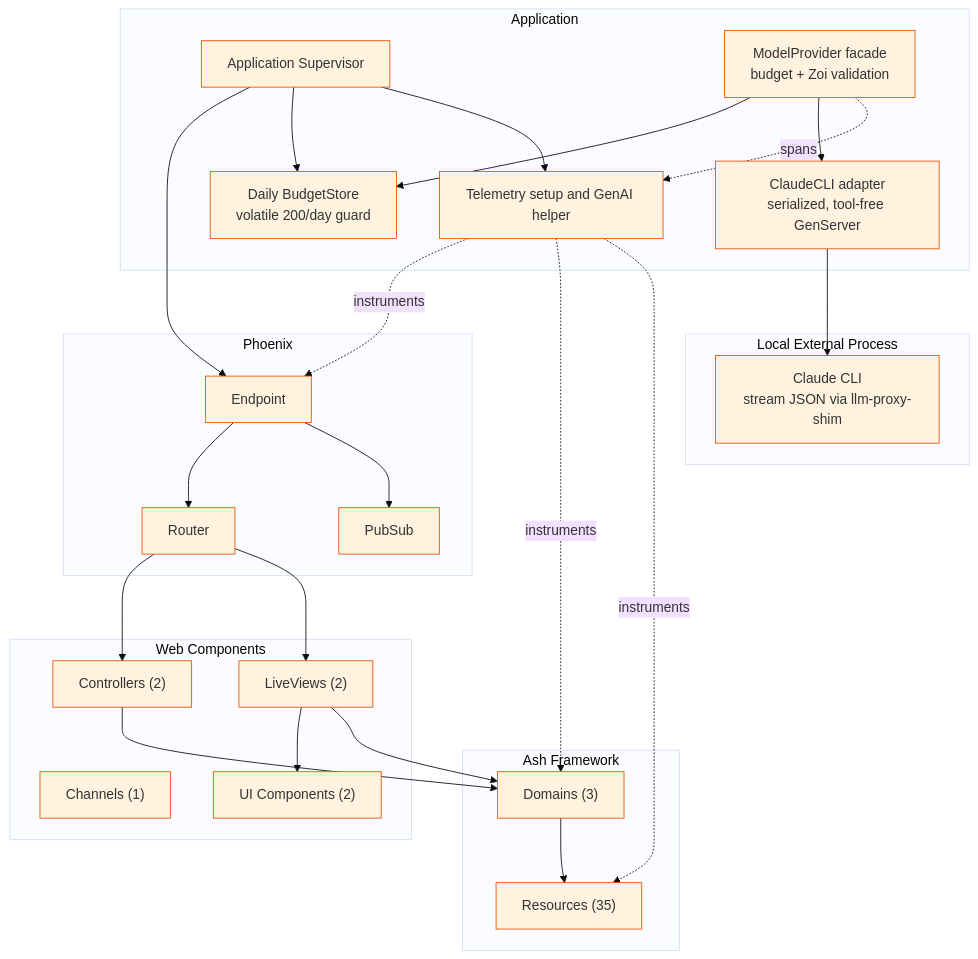
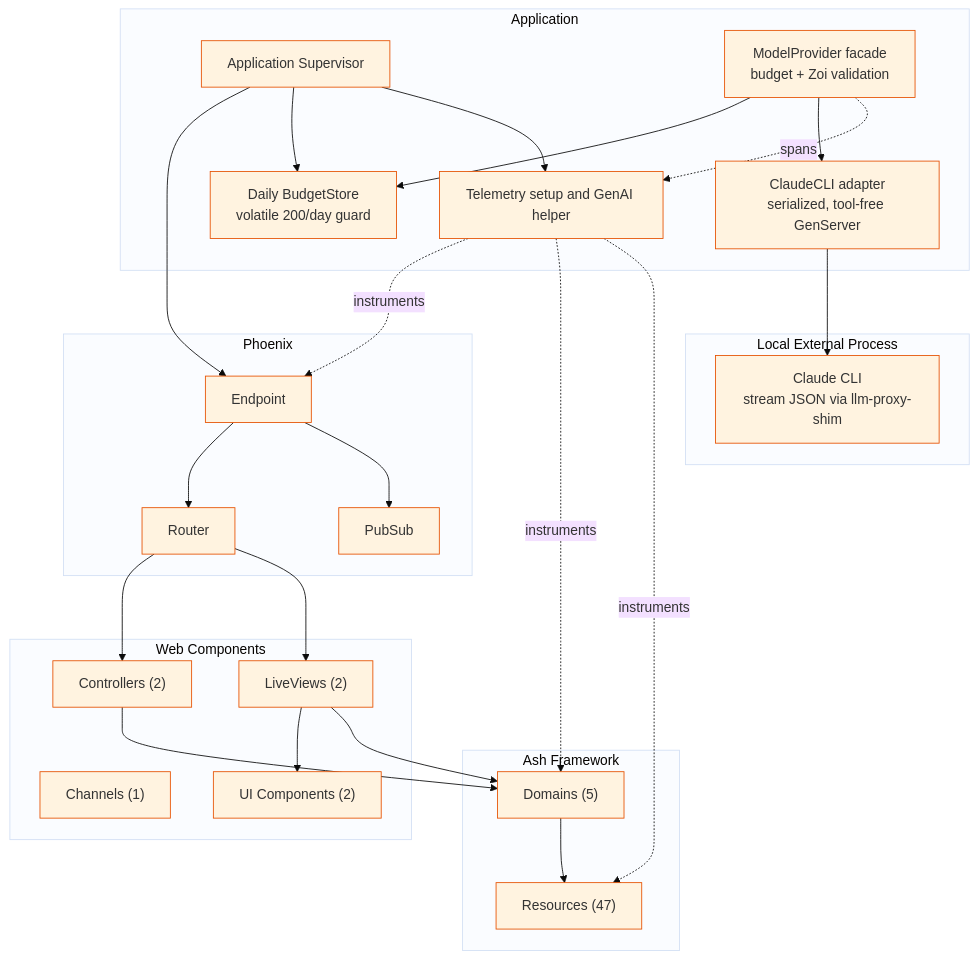
The diagram in docs/architecture/components.mmd (chops/sdr_agent), drawn with Mermaid before and after one commit. The commit also changed 4 other files, not shown here.

Commit message:
S5: update architecture diagrams and record implementation notes

```diff
--- a/docs/architecture/components.mmd
+++ b/docs/architecture/components.mmd
@@ -1,50 +1,50 @@
 %%{init: {'theme': 'base', 'themeVariables': { 'primaryColor': '#fff3e0', 'primaryBorderColor': '#e65100'}}}%%
 graph TB
     subgraph Application["Application"]
         App[Application Supervisor]
         Budget[Daily BudgetStore<br/>volatile 200/day guard]
         ModelProvider[ModelProvider facade<br/>budget + Zoi validation]
         ClaudeCLIAdapter[ClaudeCLI adapter<br/>serialized, tool-free GenServer]
         Telemetry[Telemetry setup and GenAI helper]
     end
 
     subgraph Phoenix["Phoenix"]
         Endpoint[Endpoint]
         Router[Router]
         PubSub[PubSub]
     end
 
     subgraph Web["Web Components"]
         Controllers["Controllers (2)"]
         LiveViews["LiveViews (2)"]
         Channels["Channels (1)"]
         UIComponents["UI Components (2)"]
     end
 
     subgraph Ash["Ash Framework"]
-        Domains["Domains (3)"]
-        Resources["Resources (35)"]
+        Domains["Domains (5)"]
+        Resources["Resources (47)"]
     end
 
     subgraph External["Local External Process"]
         Claude[Claude CLI<br/>stream JSON via llm-proxy-shim]
     end
 
     App --> Endpoint
     App --> Budget
     App --> Telemetry
     ModelProvider --> Budget
     ModelProvider --> ClaudeCLIAdapter
     ModelProvider -. spans .-> Telemetry
     ClaudeCLIAdapter --> Claude
     Endpoint --> Router
     Endpoint --> PubSub
     Router --> Controllers
     Router --> LiveViews
     LiveViews --> UIComponents
     Controllers --> Domains
     LiveViews --> Domains
     Domains --> Resources
     Telemetry -. instruments .-> Endpoint
     Telemetry -. instruments .-> Domains
     Telemetry -. instruments .-> Resources
```
